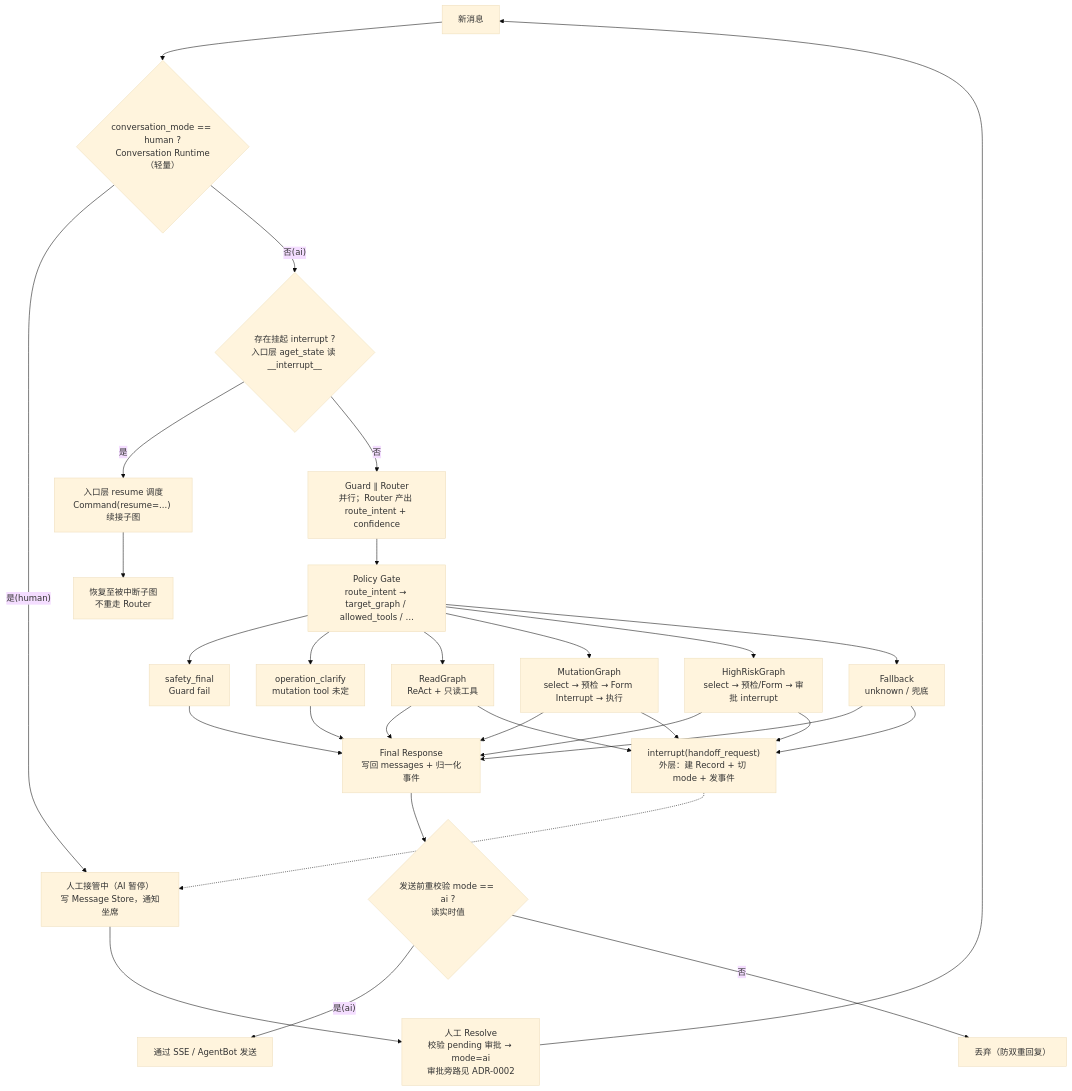
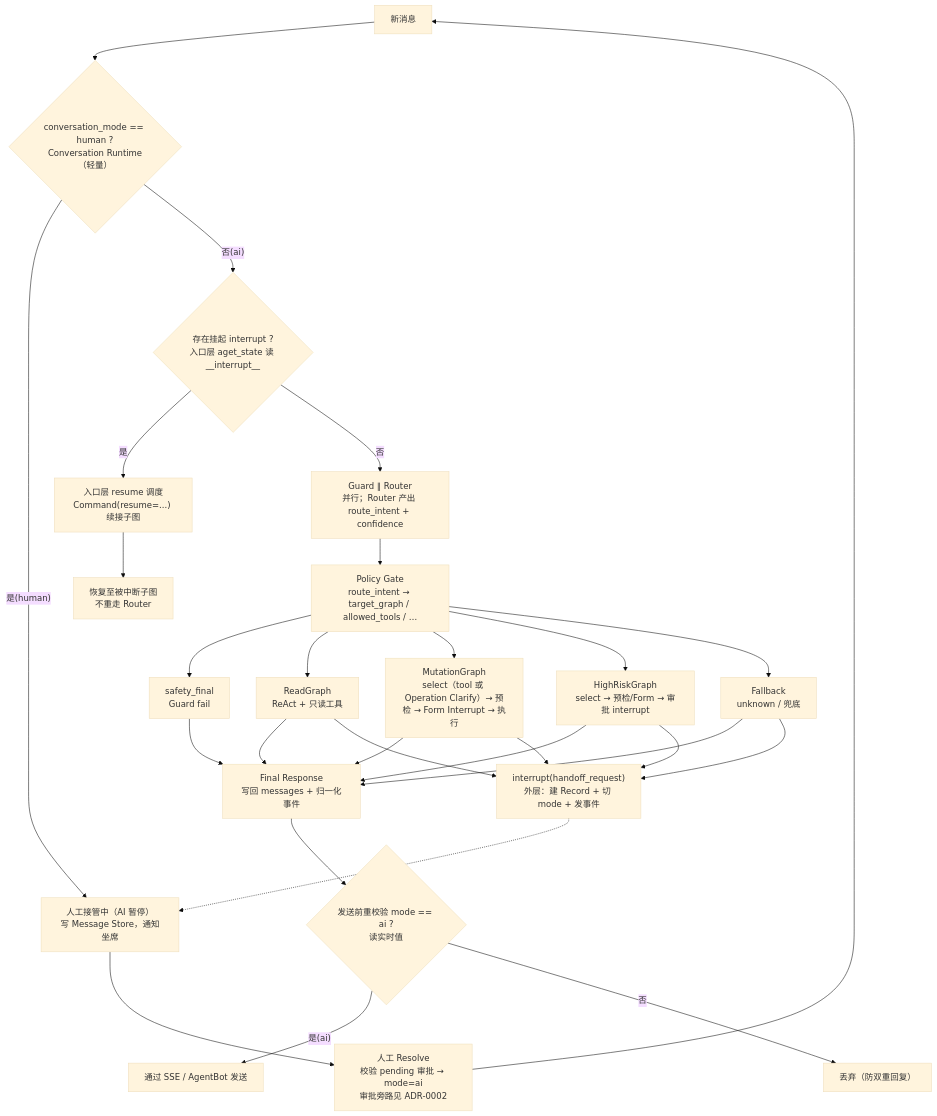
The diagram in AI Service Agent/docs/diagrams/graph-overview.md (wlyqiqi/ai-service-agent), drawn with Mermaid (base theme) before and after one commit. The commit also changed other lines of this file and 19 other files, not shown here.

First line of the commit message:
feat(mutation): move Operation Clarify into select_llm (ADR 0004)

````diff
--- a/AI Service Agent/docs/diagrams/graph-overview.md
+++ b/AI Service Agent/docs/diagrams/graph-overview.md
@@ -6,24 +6,23 @@
 ```mermaid
 flowchart TD
     A["新消息"] --> B{"conversation_mode == human ?<br/>Conversation Runtime（轻量）"}
     B -- "是(human)" --> H["人工接管中（AI 暂停）<br/>写 Message Store，通知坐席"]
     B -- "否(ai)" --> C{"存在挂起 interrupt ?<br/>入口层 aget_state 读 __interrupt__"}
     C -- "是" --> R["入口层 resume 调度<br/>Command(resume=...) 续接子图"]
     R --> RG["恢复至被中断子图<br/>不重走 Router"]
     C -- "否" --> G["Guard ∥ Router<br/>并行；Router 产出 route_intent + confidence"]
     G --> P["Policy Gate<br/>route_intent → target_graph / allowed_tools / …"]
     P --> SF["safety_final<br/>Guard fail"]
-    P --> OC["operation_clarify<br/>mutation tool 未定"]
     P --> RD["ReadGraph<br/>ReAct + 只读工具"]
-    P --> MU["MutationGraph<br/>select → 预检 → Form Interrupt → 执行"]
+    P --> MU["MutationGraph<br/>select（tool 或 Operation Clarify）→ 预检 → Form Interrupt → 执行"]
     P --> HR["HighRiskGraph<br/>select → 预检/Form → 审批 interrupt"]
     P --> FB["Fallback<br/>unknown / 兜底"]
-    SF & OC & RD & MU & HR & FB --> F["Final Response<br/>写回 messages + 归一化事件"]
+    SF & RD & MU & HR & FB --> F["Final Response<br/>写回 messages + 归一化事件"]
     RD & MU & HR & FB --> HO["interrupt(handoff_request)<br/>外层：建 Record + 切 mode + 发事件"]
     HO -.-> H
     F --> PRE{"发送前重校验 mode == ai ?<br/>读实时值"}
     PRE -- "是(ai)" --> SEND["通过 SSE / AgentBot 发送"]
     PRE -- "否" --> DROP["丢弃（防双重回复）"]
     H --> RESOLVE["人工 Resolve<br/>校验 pending 审批 → mode=ai<br/>审批旁路见 ADR-0002"]
     RESOLVE --> A
 ```
````
